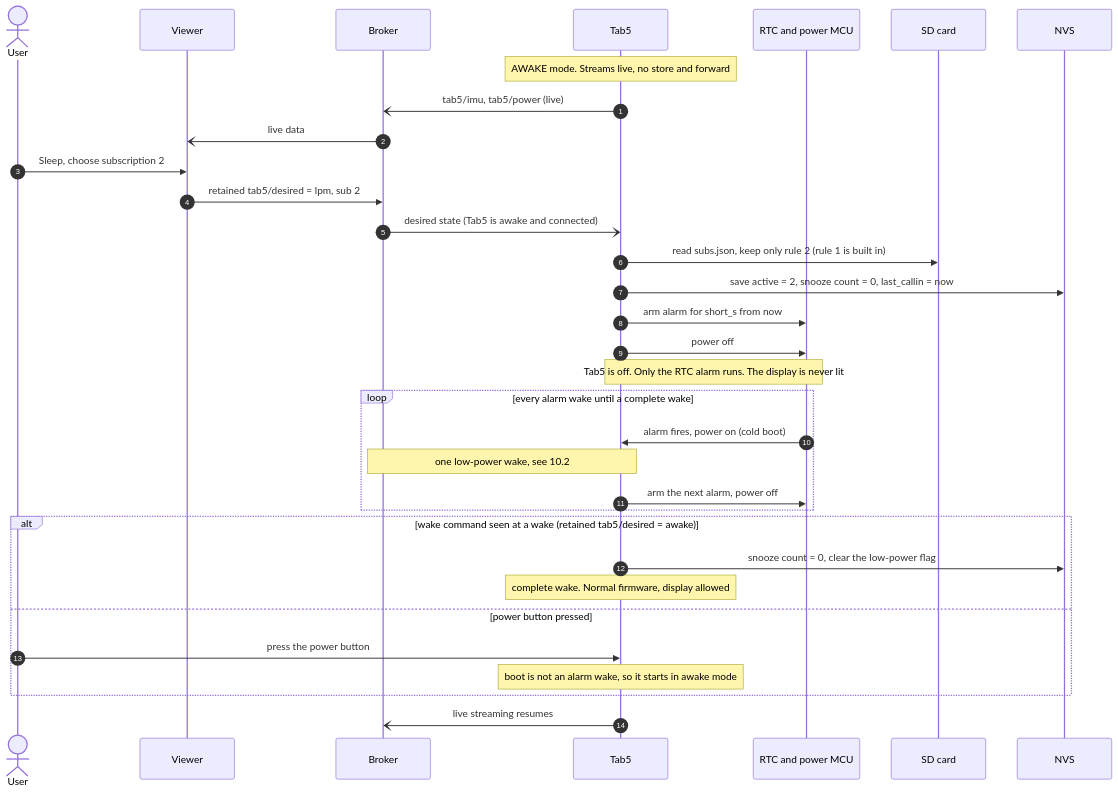
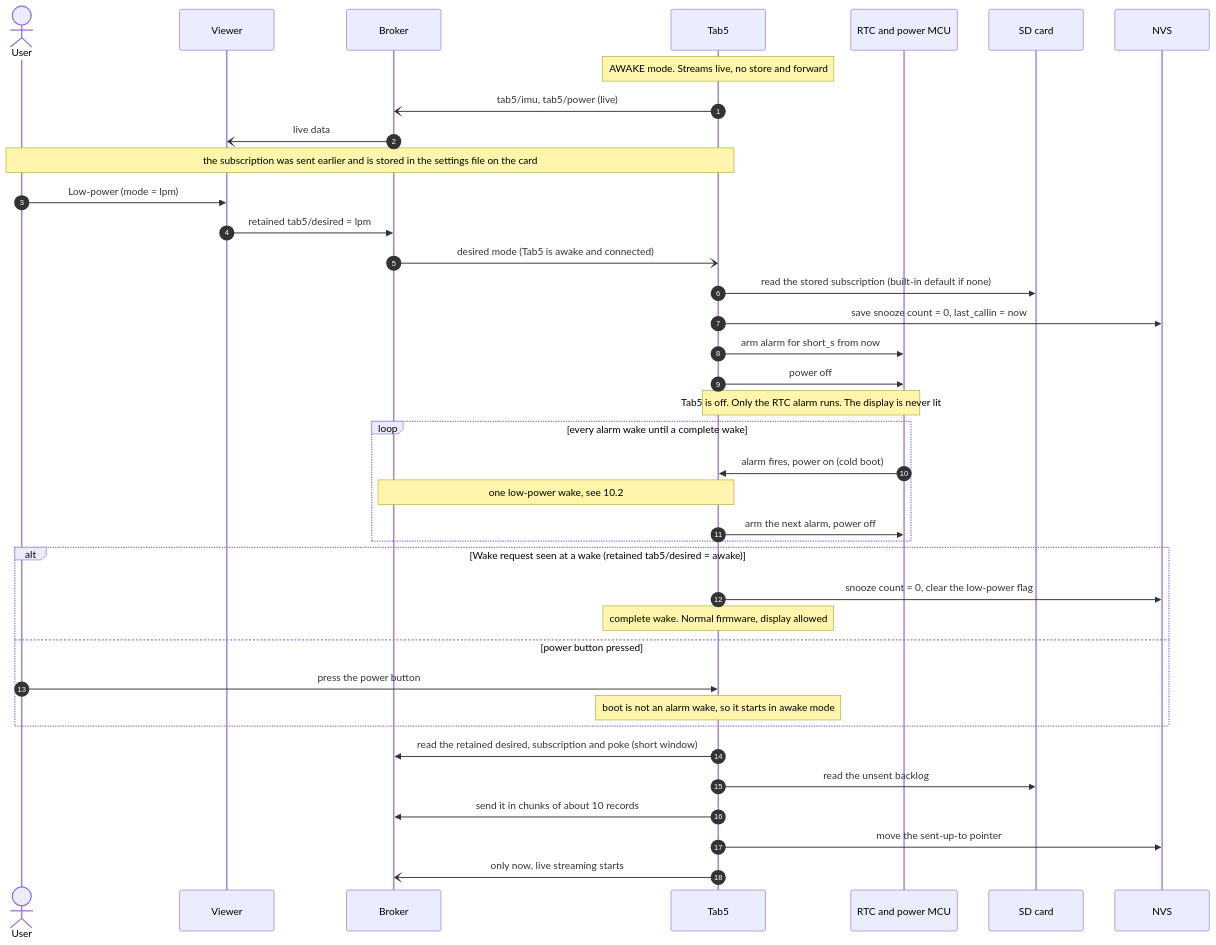
The first of 3 diagrams in docs/low-power-mode.md (arunkumar-mourougappane/esp32-mqtt-experiments), drawn with Mermaid before and after one commit. The commit also changed other lines of this file, not shown here.

First line of the commit message:
docs: settle the low-power mode and subscription design

````diff
--- a/docs/low-power-mode.md
+++ b/docs/low-power-mode.md
@@ -287,38 +776,43 @@
 ```mermaid
 sequenceDiagram
     autonumber
     actor U as User
     participant V as Viewer
     participant B as Broker
     participant T as Tab5
     participant R as RTC and power MCU
     participant S as SD card
     participant N as NVS
 
     Note over T: AWAKE mode. Streams live, no store and forward
     T-)B: tab5/imu, tab5/power (live)
     B-)V: live data
-    U->>V: Sleep, choose subscription 2
-    V->>B: retained tab5/desired = lpm, sub 2
-    B-)T: desired state (Tab5 is awake and connected)
-    T->>S: read subs.json, keep only rule 2 (rule 1 is built in)
-    T->>N: save active = 2, snooze count = 0, last_callin = now
+    Note over U,T: the subscription was sent earlier and is stored in the settings file on the card
+    U->>V: Low-power (mode = lpm)
+    V->>B: retained tab5/desired = lpm
+    B-)T: desired mode (Tab5 is awake and connected)
+    T->>S: read the stored subscription (built-in default if none)
+    T->>N: save snooze count = 0, last_callin = now
     T->>R: arm alarm for short_s from now
     T->>R: power off
     Note over T,R: Tab5 is off. Only the RTC alarm runs. The display is never lit
 
     loop every alarm wake until a complete wake
         R->>T: alarm fires, power on (cold boot)
         Note over T,B: one low-power wake, see 10.2
         T->>R: arm the next alarm, power off
     end
 
-    alt wake command seen at a wake (retained tab5/desired = awake)
+    alt Wake request seen at a wake (retained tab5/desired = awake)
         T->>N: snooze count = 0, clear the low-power flag
         Note over T: complete wake. Normal firmware, display allowed
     else power button pressed
         U->>T: press the power button
         Note over T: boot is not an alarm wake, so it starts in awake mode
     end
-    T-)B: live streaming resumes
+    T->>B: read the retained desired, subscription and poke (short window)
+    T->>S: read the unsent backlog
+    T->>B: send it in chunks of about 10 records
+    T->>N: move the sent-up-to pointer
+    T-)B: only now, live streaming starts
 ```
````
